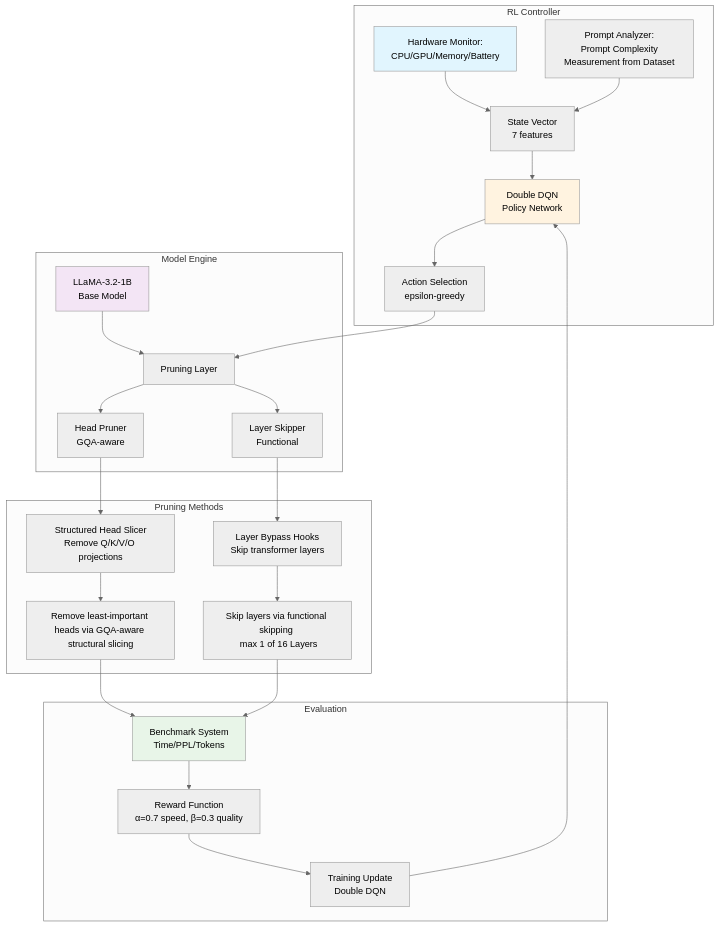
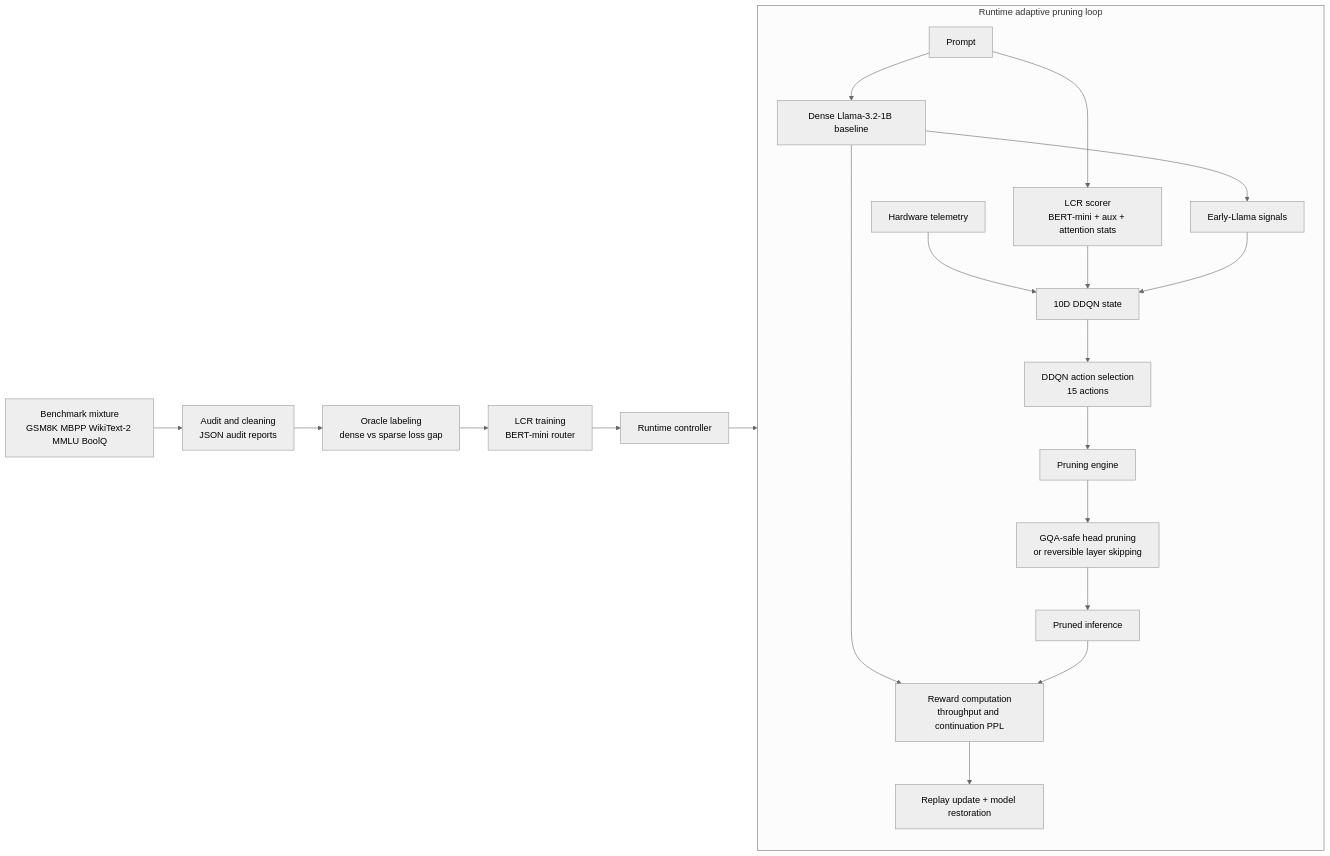
One commit to asief-iqbal/Thesis changed the first of 3 diagrams in README.md. Above: the diagram before and after it, drawn with Mermaid (neutral theme). The commit also changed other lines of this file and 2 other files, not shown here.

Commit message:
Sync documentation with current LCR-DDQN architecture and add updated diagrams

````diff
--- a/README.md
+++ b/README.md
@@ -281,37 +221,25 @@
 ```mermaid
-graph TB
-    subgraph "RL Controller"
-        A[Hardware Monitor:<br/>CPU/GPU/Memory/Battery] --> B[State Vector<br/>7 features]
-        C[Prompt Analyzer:<br/> Prompt Complexity Measurement from Dataset] --> B
-        B --> D[Double DQN<br/>Policy Network]
-        D --> E[Action Selection<br/>epsilon-greedy]
+flowchart LR
+    A[Benchmark mixture<br/>GSM8K MBPP WikiText-2 MMLU BoolQ] --> B[Audit and cleaning<br/>JSON audit reports]
+    B --> C[Oracle labeling<br/>dense vs sparse loss gap]
+    C --> D[LCR training<br/>BERT-mini router]
+    D --> E[Runtime controller]
+
+    subgraph Runtime [Runtime adaptive pruning loop]
+        F[Prompt] --> G[Dense Llama-3.2-1B baseline]
+        F --> H[LCR scorer<br/>BERT-mini + aux + attention stats]
+        G --> I[Early-Llama signals]
+        J[Hardware telemetry] --> K[10D DDQN state]
+        H --> K
+        I --> K
+        K --> L[DDQN action selection<br/>15 actions]
+        L --> M[Pruning engine]
+        M --> N[GQA-safe head pruning<br/>or reversible layer skipping]
+        N --> O[Pruned inference]
+        G --> P[Reward computation<br/>throughput and continuation PPL]
+        O --> P
+        P --> Q[Replay update + model restoration]
     end
 
-    subgraph "Model Engine"
-        F[LLaMA-3.2-1B<br/>Base Model] --> G[Pruning Layer]
-        G --> H[Head Pruner<br/>GQA-aware]
-        G --> I[Layer Skipper<br/>Functional]
-    end
-
-    subgraph "Pruning Methods"
-        H --> K[Structured Head Slicer<br/>Remove Q/K/V/O projections]
-        I --> L[Layer Bypass Hooks<br/>Skip transformer layers]
-        K --> X[Remove least-important heads via GQA-aware structural slicing]
-        L --> Y[Skip layers via functional skipping <br/> max 1 of 16 Layers]
-    end
-
-    subgraph "Evaluation"
-        N[Benchmark System<br/>Time/PPL/Tokens] --> O[Reward Function<br/>α=0.7 speed, β=0.3 quality]
-        O --> P[Training Update<br/>Double DQN]
-    end
-
-    E --> G
-    X --> N
-    Y --> N
-    P --> D
-
-    style A fill:#e1f5fe
-    style F fill:#f3e5f5
-    style N fill:#e8f5e8
-    style D fill:#fff3e0
+    E --> Runtime
 ```
````
